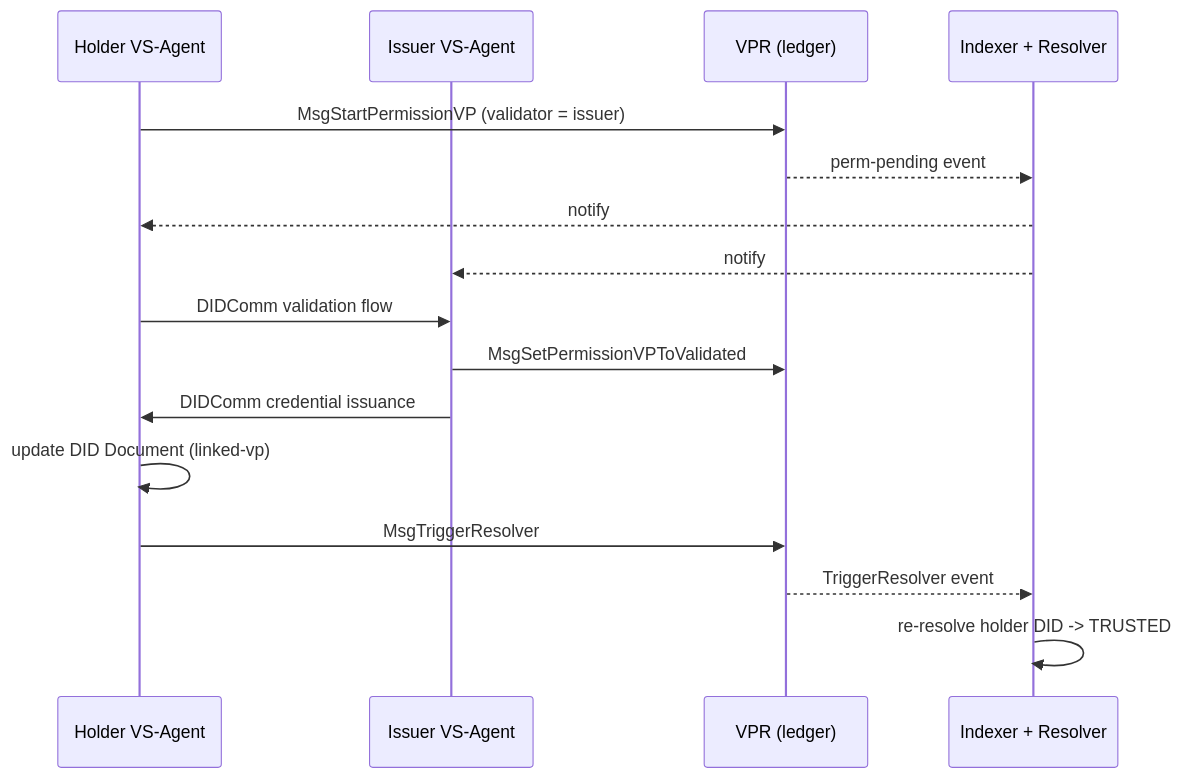
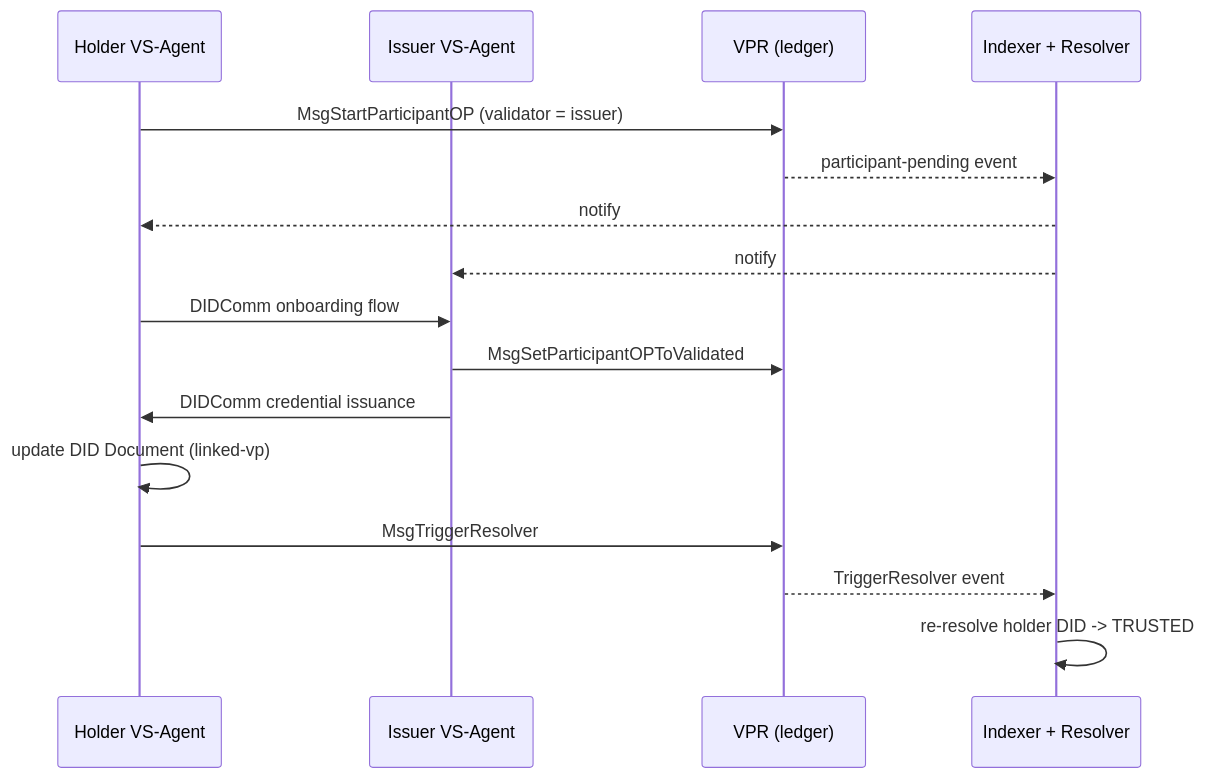
The fifth of 6 diagrams in spec.md (verana-labs/verifiable-trust-spec), drawn with Mermaid before and after one commit. The commit also changed other lines of this file and 4 other files, not shown here.

````diff
--- a/spec.md
+++ b/spec.md
@@ -1826,19 +1858,19 @@
 ```mermaid
 sequenceDiagram
     participant Holder as Holder VS-Agent
     participant Issuer as Issuer VS-Agent
     participant VPR as VPR (ledger)
     participant Idx as Indexer + Resolver
 
-    Holder->>VPR: MsgStartPermissionVP (validator = issuer)
-    VPR-->>Idx: perm-pending event
+    Holder->>VPR: MsgStartParticipantOP (validator = issuer)
+    VPR-->>Idx: participant-pending event
     Idx-->>Holder: notify
     Idx-->>Issuer: notify
-    Holder->>Issuer: DIDComm validation flow
-    Issuer->>VPR: MsgSetPermissionVPToValidated
+    Holder->>Issuer: DIDComm onboarding flow
+    Issuer->>VPR: MsgSetParticipantOPToValidated
     Issuer->>Holder: DIDComm credential issuance
     Holder->>Holder: update DID Document (linked-vp)
     Holder->>VPR: MsgTriggerResolver
     VPR-->>Idx: TriggerResolver event
     Idx->>Idx: re-resolve holder DID -> TRUSTED
 ```
````
